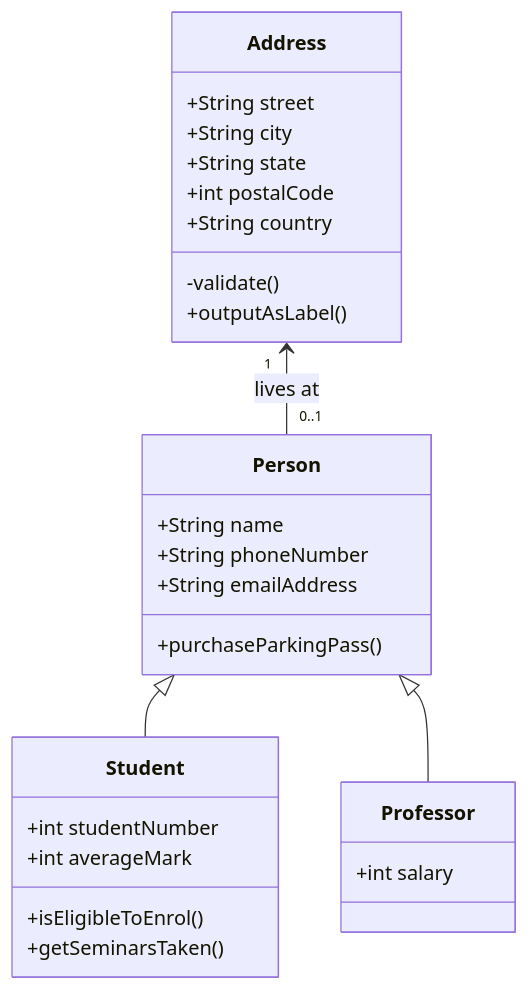
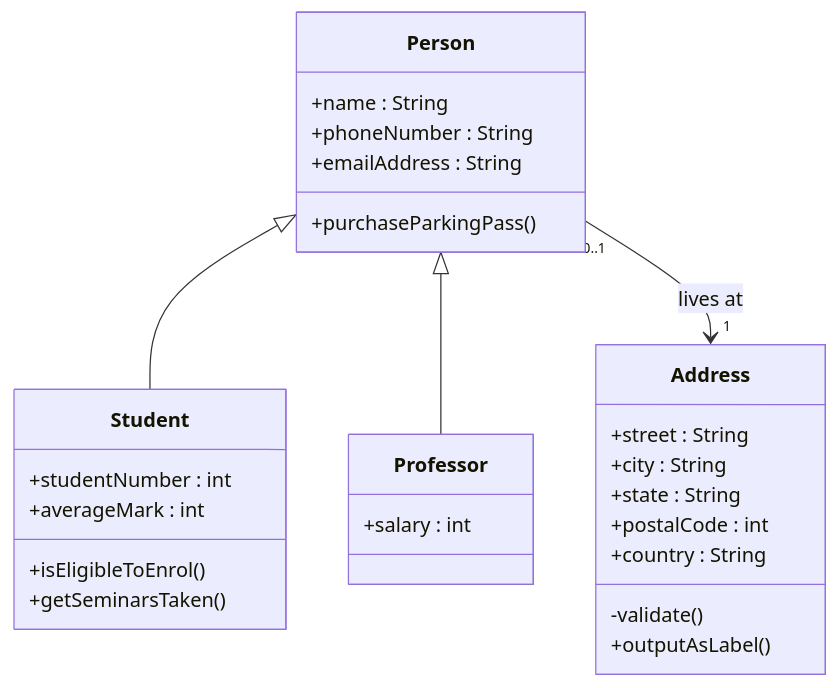
The diagram in md/tema1/apartado2.md (prabasco/Tarea4_Markdown), drawn with Mermaid before and after one commit. The commit also changed other lines of this file and 11 other files, not shown here.

````diff
--- a/md/tema1/apartado2.md
+++ b/md/tema1/apartado2.md
@@ -5,36 +6,36 @@
 ```mermaid
 classDiagram
 
 class Person {
-    +String name
-    +String phoneNumber
-    +String emailAddress
+    +name : String
+    +phoneNumber : String
+    +emailAddress : String
     +purchaseParkingPass()
 }
 
 class Student {
-    +int studentNumber
-    +int averageMark
+    +studentNumber : int
+    +averageMark : int
     +isEligibleToEnrol()
     +getSeminarsTaken()
 }
 
 class Professor {
-    +int salary
+    +salary : int
 }
 
 class Address {
-    +String street
-    +String city
-    +String state
-    +int postalCode
-    +String country
+    +street : String
+    +city : String
+    +state : String
+    +postalCode : int
+    +country : String
     -validate()
     +outputAsLabel()
 }
 
 Person <|-- Student
 Person <|-- Professor
 
-Address "1" <-- "0..1" Person : lives at
+Person "0..1" --> "1" Address : lives at
 ```
````
